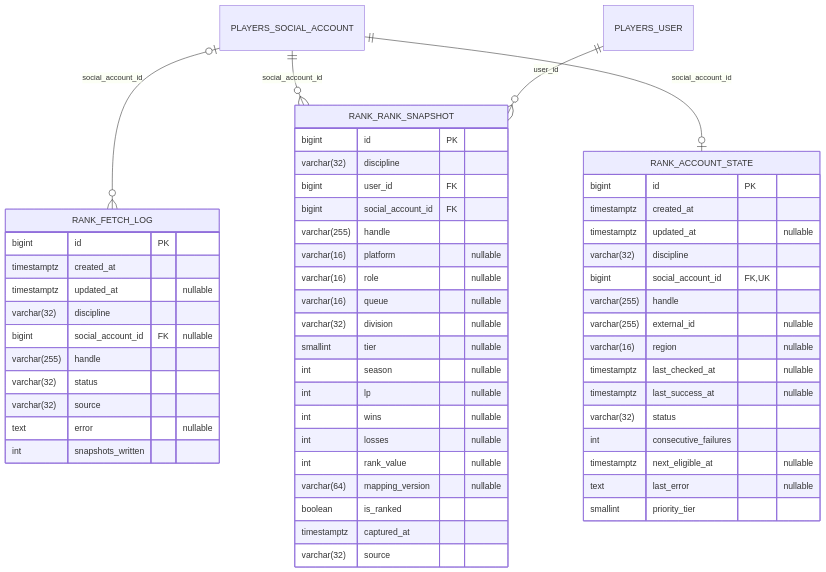
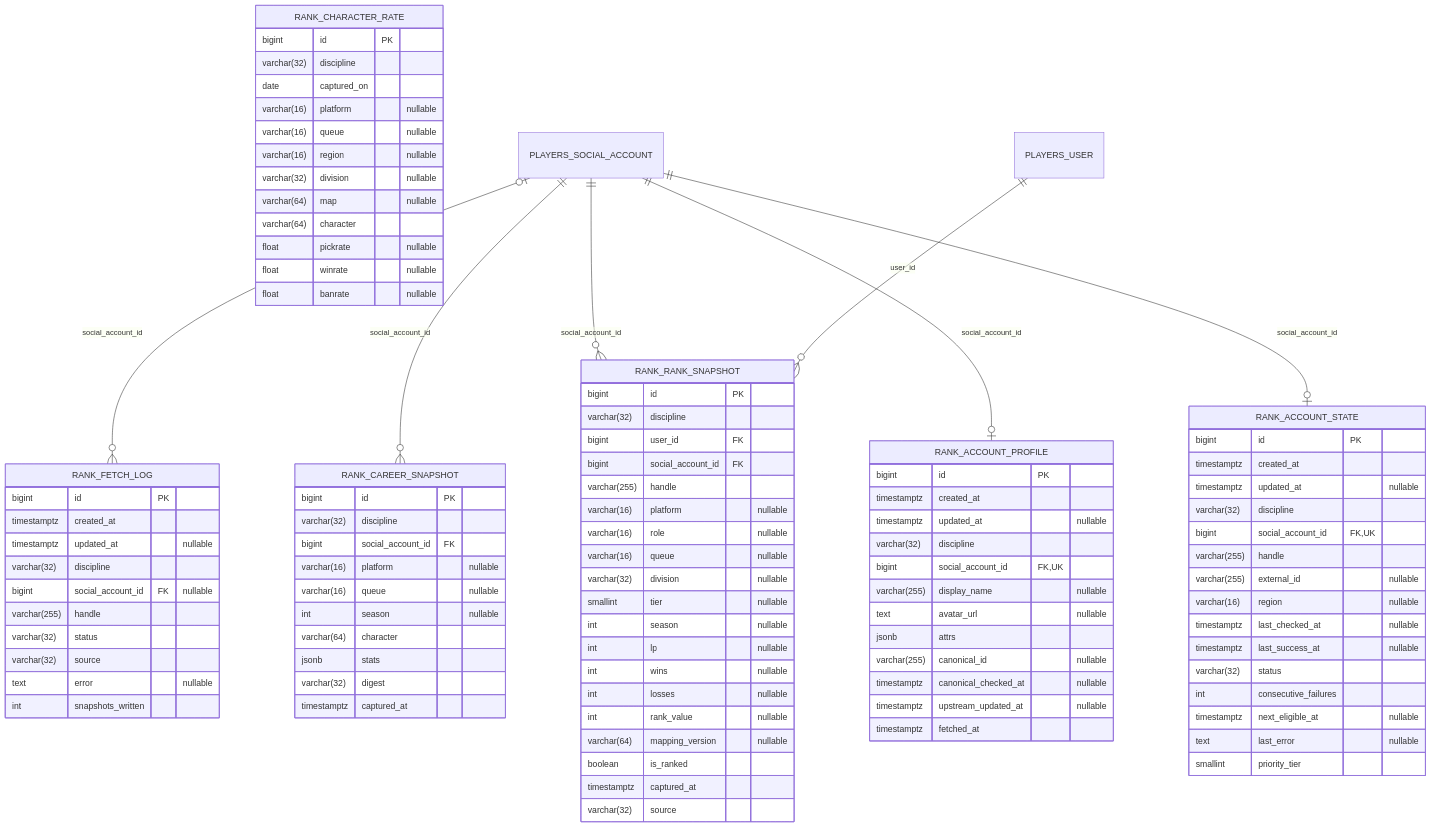
One commit to CraazzzyyFoxx/overwatch-tournaments changed the eighth of 22 diagrams in docs/database_erd.md. Above: the diagram before and after it, drawn with Mermaid. The commit also changed other lines of this file and 21 other files, not shown here.

First line of the commit message:
feat(stats): the OverFast poll keeps the player's profile, career and the daily hero rates

````diff
--- a/docs/database_erd.md
+++ b/docs/database_erd.md
@@ -938,5 +938,19 @@
 ```mermaid
 erDiagram
+    RANK_ACCOUNT_PROFILE {
+        bigint id PK
+        timestamptz created_at
+        timestamptz updated_at "nullable"
+        varchar(32) discipline
+        bigint social_account_id FK,UK
+        varchar(255) display_name "nullable"
+        text avatar_url "nullable"
+        jsonb attrs
+        varchar(255) canonical_id "nullable"
+        timestamptz canonical_checked_at "nullable"
+        timestamptz upstream_updated_at "nullable"
+        timestamptz fetched_at
+    }
     RANK_ACCOUNT_STATE {
         bigint id PK
         timestamptz created_at
@@ -953,6 +967,32 @@
         timestamptz next_eligible_at "nullable"
         text last_error "nullable"
         smallint priority_tier
+    }
+    RANK_CAREER_SNAPSHOT {
+        bigint id PK
+        varchar(32) discipline
+        bigint social_account_id FK
+        varchar(16) platform "nullable"
+        varchar(16) queue "nullable"
+        int season "nullable"
+        varchar(64) character
+        jsonb stats
+        varchar(32) digest
+        timestamptz captured_at
+    }
+    RANK_CHARACTER_RATE {
+        bigint id PK
+        varchar(32) discipline
+        date captured_on
+        varchar(16) platform "nullable"
+        varchar(16) queue "nullable"
+        varchar(16) region "nullable"
+        varchar(32) division "nullable"
+        varchar(64) map "nullable"
+        varchar(64) character
+        float pickrate "nullable"
+        float winrate "nullable"
+        float banrate "nullable"
     }
     RANK_FETCH_LOG {
         bigint id PK
@@ -989,7 +1029,9 @@
     }
 
     PLAYERS_SOCIAL_ACCOUNT |o--o{ RANK_FETCH_LOG : "social_account_id"
+    PLAYERS_SOCIAL_ACCOUNT ||--o{ RANK_CAREER_SNAPSHOT : "social_account_id"
     PLAYERS_SOCIAL_ACCOUNT ||--o{ RANK_RANK_SNAPSHOT : "social_account_id"
+    PLAYERS_SOCIAL_ACCOUNT ||--o| RANK_ACCOUNT_PROFILE : "social_account_id"
     PLAYERS_SOCIAL_ACCOUNT ||--o| RANK_ACCOUNT_STATE : "social_account_id"
     PLAYERS_USER ||--o{ RANK_RANK_SNAPSHOT : "user_id"
 ```
````
